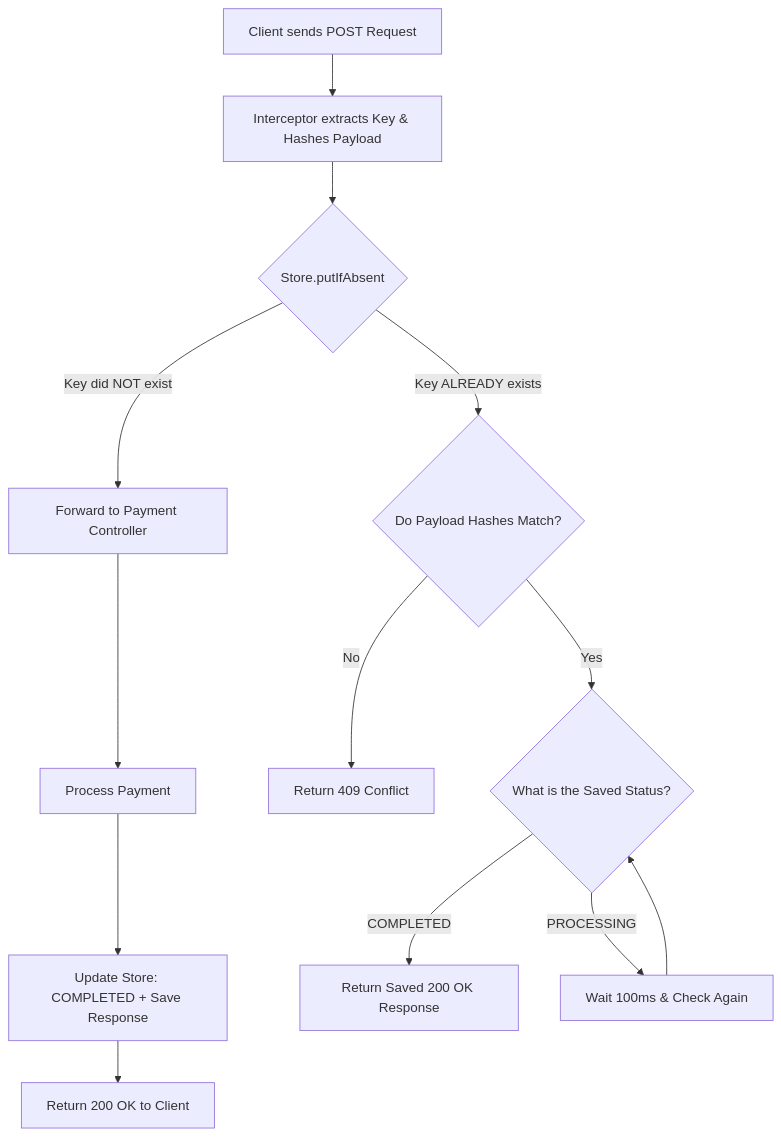
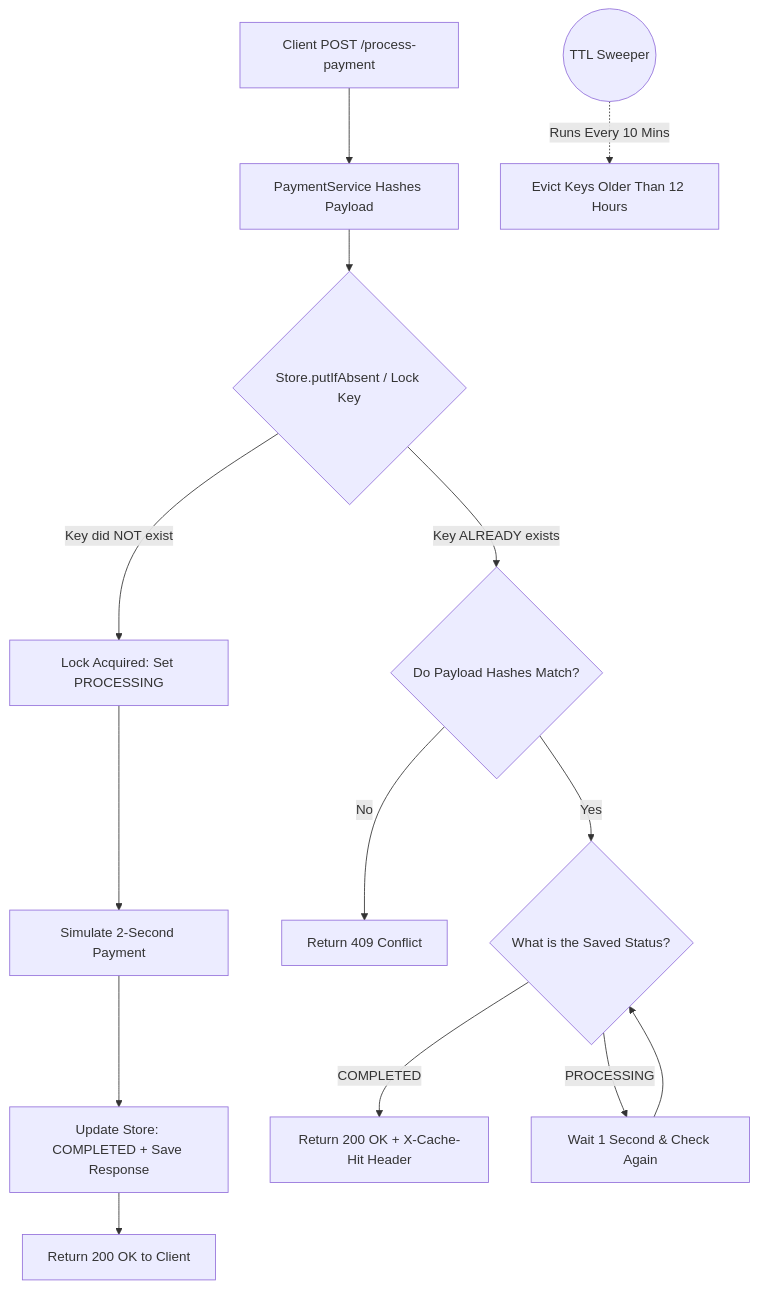
Before and after one commit to TWARIQABDUL/AmaliTech-DEG-Project-based-challenges: the diagram in backend/Idempotency-gateway/README.md, drawn with Mermaid.

Commit message:
docs: update idempotency flow diagram and add TTL sweeper logic to README

````diff
--- a/backend/Idempotency-gateway/README.md
+++ b/backend/Idempotency-gateway/README.md
@@ -23,21 +23,24 @@
 ```mermaid
 graph TD
-    A[Client sends POST Request] --> B[Interceptor extracts Key & Hashes Payload]
-    B --> C{Store.putIfAbsent}
+    A[Client POST /process-payment] --> B[PaymentService Hashes Payload]
+    B --> C{Store.putIfAbsent / Lock Key}
     
-    C -- "Key did NOT exist" --> D[Forward to Payment Controller]
-    D --> E[Process Payment]
+    C -- "Key did NOT exist" --> D[Lock Acquired: Set PROCESSING]
+    D --> E[Simulate 2-Second Payment]
     E --> F[Update Store: COMPLETED + Save Response]
     F --> G[Return 200 OK to Client]
     
     C -- "Key ALREADY exists" --> H{Do Payload Hashes Match?}
     
     H -- "No" --> I[Return 409 Conflict]
     
     H -- "Yes" --> J{What is the Saved Status?}
     
-    J -- "COMPLETED" --> K[Return Saved 200 OK Response]
+    J -- "COMPLETED" --> K[Return 200 OK + X-Cache-Hit Header]
     
-    J -- "PROCESSING" --> L[Wait 100ms & Check Again]
+    J -- "PROCESSING" --> L[Wait 1 Second & Check Again]
     L --> J
+    
+    %% Background Developer's Choice Feature
+    M((TTL Sweeper)) -.->|Runs Every 10 Mins| N[Evict Keys Older Than 12 Hours]
 ```
````
